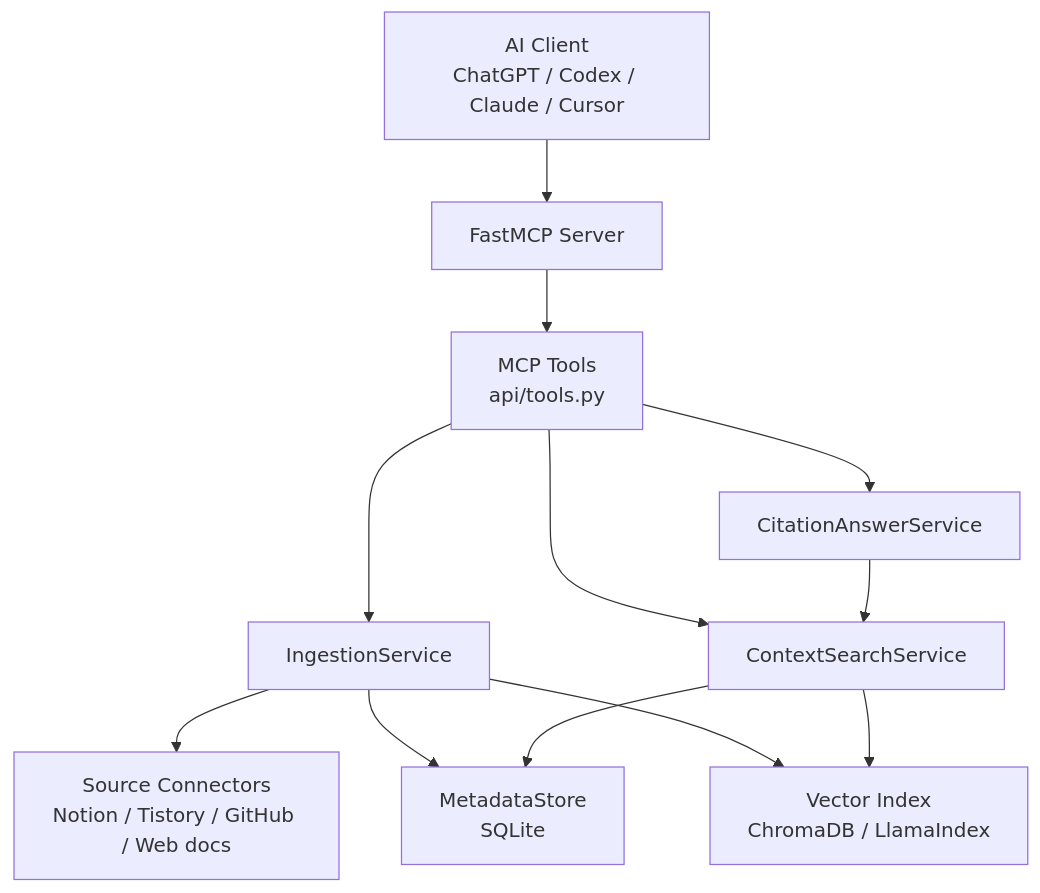
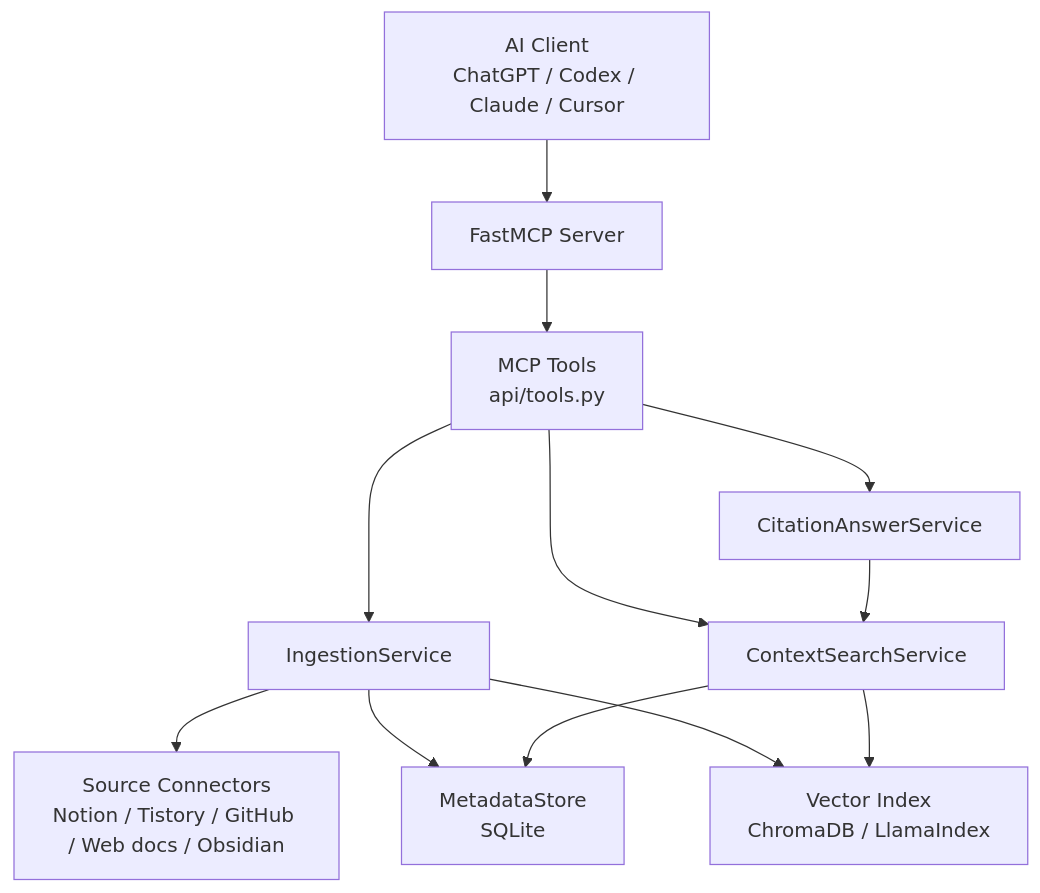
Before and after one commit to eunhwa99/MCPContentSearch: the first of 6 diagrams in docs/contextwiki-core-understanding.md, drawn with Mermaid. The commit also changed other lines of this file and 18 other files, not shown here.

````diff
--- a/docs/contextwiki-core-understanding.md
+++ b/docs/contextwiki-core-understanding.md
@@ -115,24 +141,24 @@
 ```mermaid
 flowchart TD
     Client["AI Client<br/>ChatGPT / Codex / Claude / Cursor"]
     MCP["FastMCP Server"]
     Tools["MCP Tools<br/>api/tools.py"]
     Ingestion["IngestionService"]
     Search["ContextSearchService"]
     Answer["CitationAnswerService"]
     Store["MetadataStore<br/>SQLite"]
     Vector["Vector Index<br/>ChromaDB / LlamaIndex"]
-    Sources["Source Connectors<br/>Notion / Tistory / GitHub / Web docs"]
+    Sources["Source Connectors<br/>Notion / Tistory / GitHub / Web docs / Obsidian"]
 
     Client --> MCP
     MCP --> Tools
     Tools --> Ingestion
     Tools --> Search
     Tools --> Answer
     Ingestion --> Sources
     Ingestion --> Store
     Ingestion --> Vector
     Search --> Vector
     Search --> Store
     Answer --> Search
 ```
````
